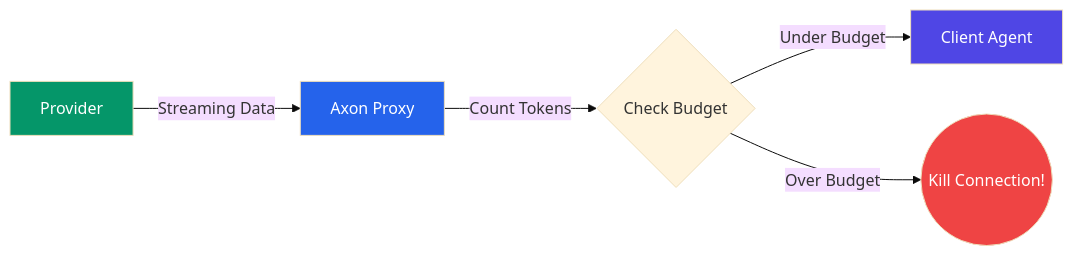
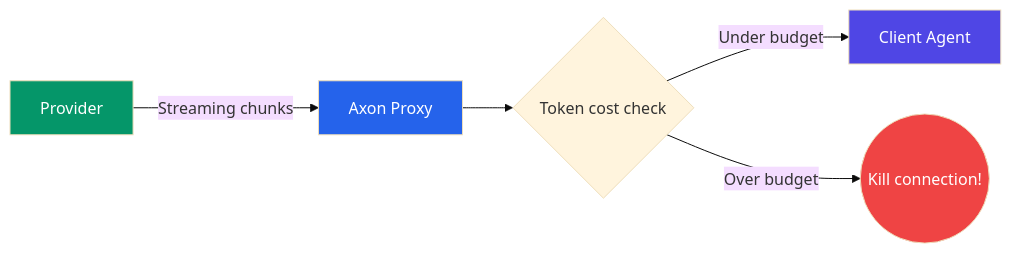
Before and after one commit to chaitanya-sharmaa/axon: the second of 2 diagrams in docs/01-use-cases.md, drawn with Mermaid (base theme). The commit also changed other lines of this file and 18 other files, not shown here.

````diff
--- a/docs/01-use-cases.md
+++ b/docs/01-use-cases.md
@@ -112,12 +158,12 @@
 ```mermaid
 graph LR
-    LLM[Provider]:::llm -->|Streaming Data| Axon[Axon Proxy]:::axon
-    Axon -->|Count Tokens| Calc{Check Budget}
-    Calc -->|Under Budget| App[Client Agent]:::app
-    Calc -->|Over Budget| Kill((Kill Connection!)):::error
-    
+    LLM[Provider]:::llm -->|Streaming chunks| Axon[Axon Proxy]:::axon
+    Axon --> Check{Token cost check}
+    Check -->|Under budget| App[Client Agent]:::app
+    Check -->|Over budget| Kill((Kill connection!)):::error
+
     classDef llm fill:#059669,color:#fff
     classDef axon fill:#2563eb,color:#fff
     classDef app fill:#4f46e5,color:#fff
     classDef error fill:#ef4444,color:#fff
 ```
````
